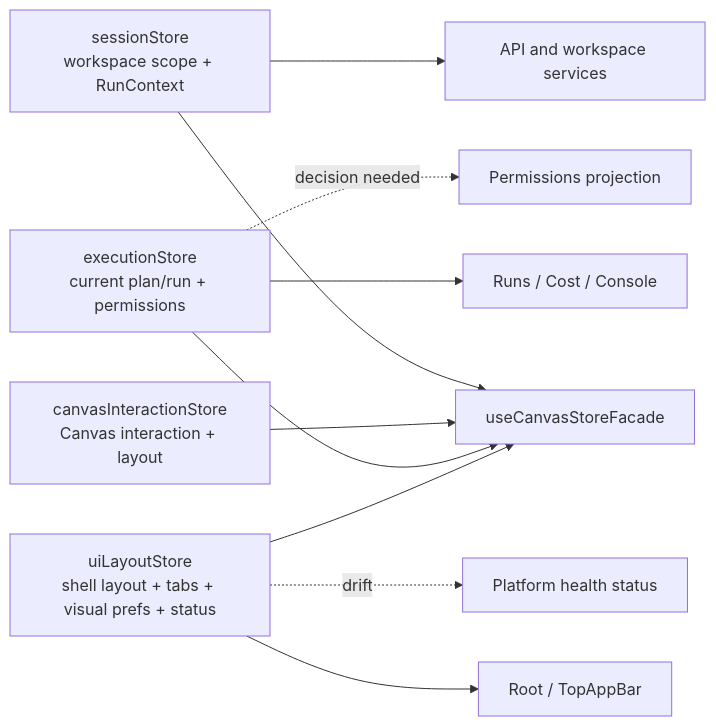
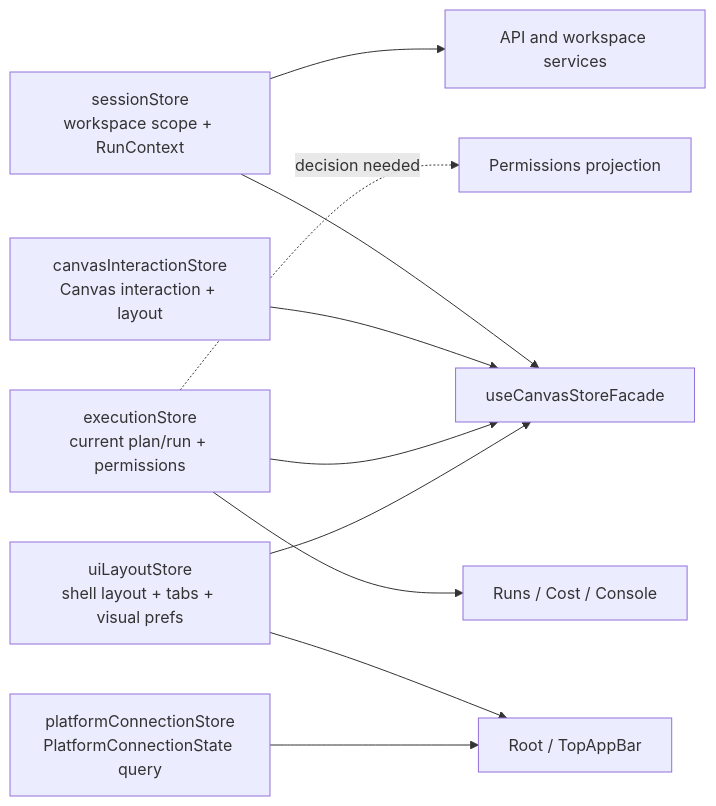
The first of 2 diagrams in docs/planning/proposals/mandatory/frontend-and-ux/f05-store-domain-ownership-closure-plan-20260503.md (dunay2/dvt), drawn with Mermaid before and after one commit. The commit also changed other lines of this file and 14 other files, not shown here.

Commit message:
refactor(web): Move platform connection status out of layout store

````diff
--- a/docs/planning/proposals/mandatory/frontend-and-ux/f05-store-domain-ownership-closure-plan-20260503.md
+++ b/docs/planning/proposals/mandatory/frontend-and-ux/f05-store-domain-ownership-closure-plan-20260503.md
@@ -82,23 +83,24 @@
 ```mermaid
 flowchart LR
   Session["sessionStore<br/>workspace scope + RunContext"]
   Canvas["canvasInteractionStore<br/>Canvas interaction + layout"]
   Execution["executionStore<br/>current plan/run + permissions"]
-  Layout["uiLayoutStore<br/>shell layout + tabs + visual prefs + status"]
+  Layout["uiLayoutStore<br/>shell layout + tabs + visual prefs"]
+  Status["platformConnectionStore<br/>PlatformConnectionState query"]
 
   Facade["useCanvasStoreFacade"]
   Root["Root / TopAppBar"]
   Views["Runs / Cost / Console"]
   Api["API and workspace services"]
 
   Session --> Facade
   Canvas --> Facade
   Execution --> Facade
   Layout --> Facade
   Layout --> Root
+  Status --> Root
   Execution --> Views
   Session --> Api
 
-  Layout -. drift .-> Status["Platform health status"]
   Execution -. decision needed .-> Auth["Permissions projection"]
 ```
````
